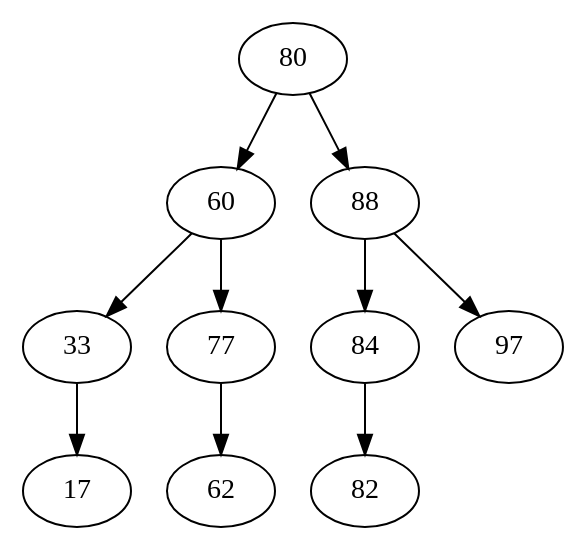
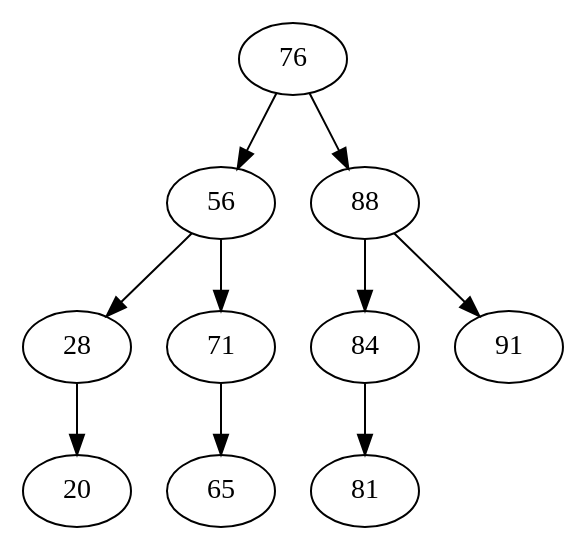
One commit to michael-software-engr/algo changed the diagram in build/viz.gv. Above: the diagram before and after it, drawn with Graphviz. The commit also changed 3 other files, not shown here.

```diff
--- a/build/viz.gv
+++ b/build/viz.gv
@@ -1,53 +1,62 @@
 digraph G {
 	graph [bb="0,0,270,252"];
 	node [label="\N"];
-	80	 [height=0.5,
-		label=80,
+	76	 [height=0.5,
+		label=76,
 		pos="135,234",
 		width=0.75];
-	60	 [height=0.5,
-		label=60,
+	56	 [height=0.5,
+		label=56,
 		pos="99,162",
 		width=0.75];
-	80 -> 60	 [pos="e,107.3,179.15 126.65,216.76 122.29,208.28 116.85,197.71 111.96,188.2"];
+	76 -> 56	 [comment=left,
+		pos="e,107.3,179.15 126.65,216.76 122.29,208.28 116.85,197.71 111.96,188.2"];
 	88	 [height=0.5,
 		label=88,
 		pos="171,162",
 		width=0.75];
-	80 -> 88	 [pos="e,162.7,179.15 143.35,216.76 147.71,208.28 153.15,197.71 158.04,188.2"];
-	33	 [height=0.5,
-		label=33,
+	76 -> 88	 [comment=right,
+		pos="e,162.7,179.15 143.35,216.76 147.71,208.28 153.15,197.71 158.04,188.2"];
+	28	 [height=0.5,
+		label=28,
 		pos="27,90",
 		width=0.75];
-	60 -> 33	 [pos="e,41.796,105.38 84.43,146.83 74.25,136.94 60.476,123.55 48.969,112.36"];
-	77	 [height=0.5,
-		label=77,
+	56 -> 28	 [comment=left,
+		pos="e,41.796,105.38 84.43,146.83 74.25,136.94 60.476,123.55 48.969,112.36"];
+	71	 [height=0.5,
+		label=71,
 		pos="99,90",
 		width=0.75];
-	60 -> 77	 [pos="e,99,108.1 99,143.7 99,135.98 99,126.71 99,118.11"];
-	17	 [height=0.5,
-		label=17,
+	56 -> 71	 [comment=right,
+		pos="e,99,108.1 99,143.7 99,135.98 99,126.71 99,118.11"];
+	20	 [height=0.5,
+		label=20,
 		pos="27,18",
 		width=0.75];
-	33 -> 17	 [pos="e,27,36.104 27,71.697 27,63.983 27,54.712 27,46.112"];
-	62	 [height=0.5,
-		label=62,
+	28 -> 20	 [comment=left,
+		pos="e,27,36.104 27,71.697 27,63.983 27,54.712 27,46.112"];
+	65	 [height=0.5,
+		label=65,
 		pos="99,18",
 		width=0.75];
-	77 -> 62	 [pos="e,99,36.104 99,71.697 99,63.983 99,54.712 99,46.112"];
+	71 -> 65	 [comment=left,
+		pos="e,99,36.104 99,71.697 99,63.983 99,54.712 99,46.112"];
 	84	 [height=0.5,
 		label=84,
 		pos="171,90",
 		width=0.75];
-	88 -> 84	 [pos="e,171,108.1 171,143.7 171,135.98 171,126.71 171,118.11"];
-	97	 [height=0.5,
-		label=97,
+	88 -> 84	 [comment=left,
+		pos="e,171,108.1 171,143.7 171,135.98 171,126.71 171,118.11"];
+	91	 [height=0.5,
+		label=91,
 		pos="243,90",
 		width=0.75];
-	88 -> 97	 [pos="e,228.2,105.38 185.57,146.83 195.75,136.94 209.52,123.55 221.03,112.36"];
-	82	 [height=0.5,
-		label=82,
+	88 -> 91	 [comment=right,
+		pos="e,228.2,105.38 185.57,146.83 195.75,136.94 209.52,123.55 221.03,112.36"];
+	81	 [height=0.5,
+		label=81,
 		pos="171,18",
 		width=0.75];
-	84 -> 82	 [pos="e,171,36.104 171,71.697 171,63.983 171,54.712 171,46.112"];
+	84 -> 81	 [comment=left,
+		pos="e,171,36.104 171,71.697 171,63.983 171,54.712 171,46.112"];
 }
```
